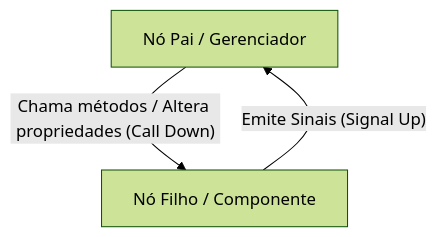
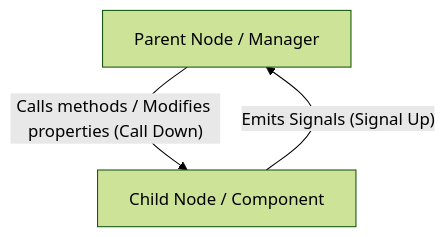
One commit to Henzen3d/godot-4-development changed the diagram in references/scenes-and-nodes.md. Above: the diagram before and after it, drawn with Mermaid (forest theme). The commit also changed other lines of this file and 10 other files, not shown here.

````diff
--- a/references/scenes-and-nodes.md
+++ b/references/scenes-and-nodes.md
@@ -13,5 +13,5 @@
 ```mermaid
 flowchart TD
-    P[Nó Pai / Gerenciador] -- "Chama métodos / Altera propriedades (Call Down)" --> C[Nó Filho / Componente]
-    C -- "Emite Sinais (Signal Up)" --> P
+    P[Parent Node / Manager] -- "Calls methods / Modifies properties (Call Down)" --> C[Child Node / Component]
+    C -- "Emits Signals (Signal Up)" --> P
 ```
````
